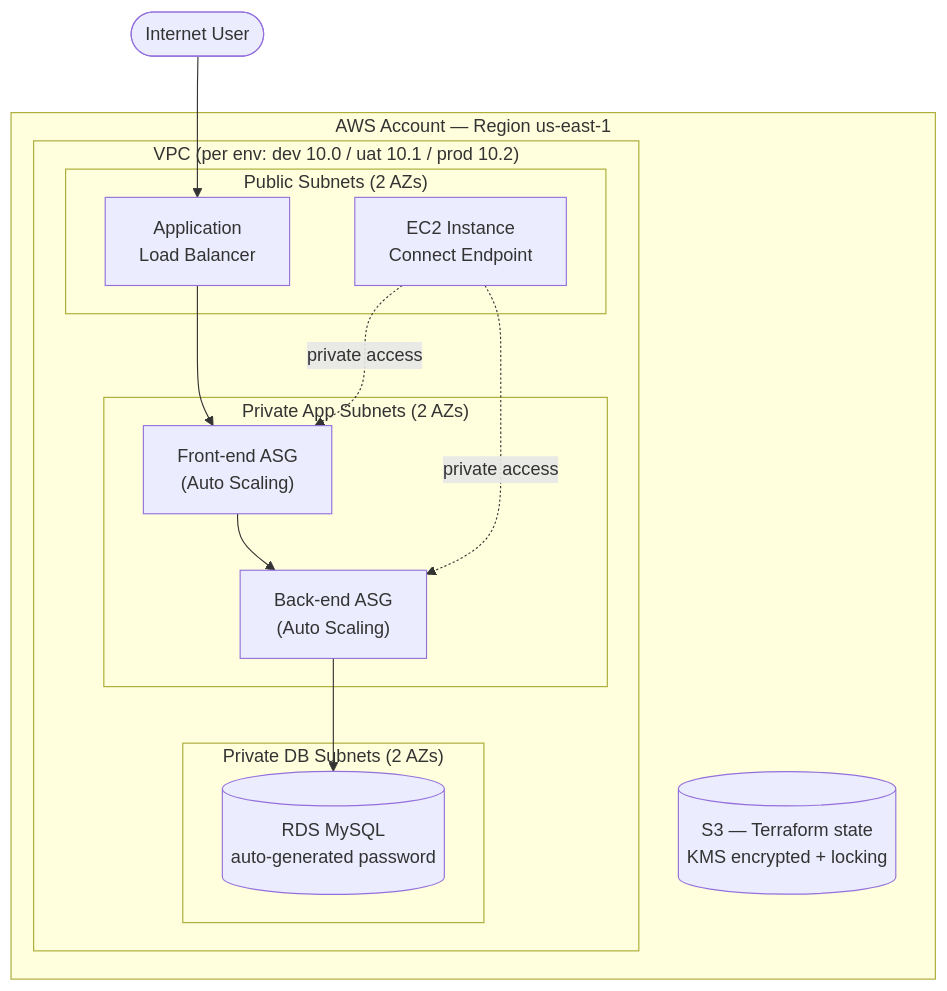
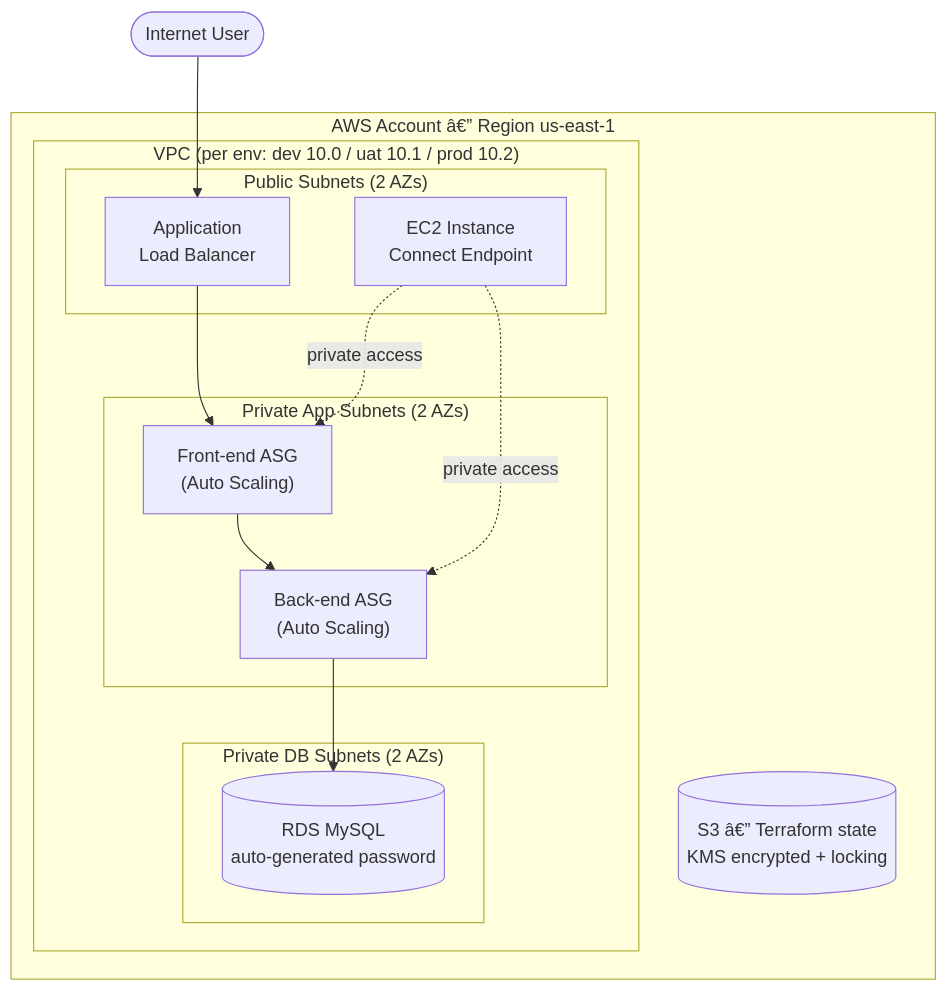
Before and after one commit to rwell10-Red/roc-terraform-3tier-aws: the diagram in README.md, drawn with Mermaid. The commit also changed other lines of this file, not shown here.

````diff
--- a/README.md
+++ b/README.md
@@ -15,28 +14,28 @@
 ```mermaid
 flowchart TB
     user([Internet User])
 
-    subgraph AWS["AWS Account — Region us-east-1"]
+    subgraph AWS["AWS Account â€” Region us-east-1"]
         subgraph VPC["VPC (per env: dev 10.0 / uat 10.1 / prod 10.2)"]
             subgraph PUB["Public Subnets (2 AZs)"]
                 ALB["Application<br/>Load Balancer"]
                 EICE["EC2 Instance<br/>Connect Endpoint"]
             end
             subgraph APP["Private App Subnets (2 AZs)"]
                 FEASG["Front-end ASG<br/>(Auto Scaling)"]
                 BEASG["Back-end ASG<br/>(Auto Scaling)"]
             end
             subgraph DB["Private DB Subnets (2 AZs)"]
                 RDS[("RDS MySQL<br/>auto-generated password")]
             end
         end
-        S3[("S3 — Terraform state<br/>KMS encrypted + locking")]
+        S3[("S3 â€” Terraform state<br/>KMS encrypted + locking")]
     end
 
     user --> ALB
     ALB --> FEASG
     FEASG --> BEASG
     BEASG --> RDS
     EICE -.private access.-> FEASG
     EICE -.private access.-> BEASG
 ```
````
